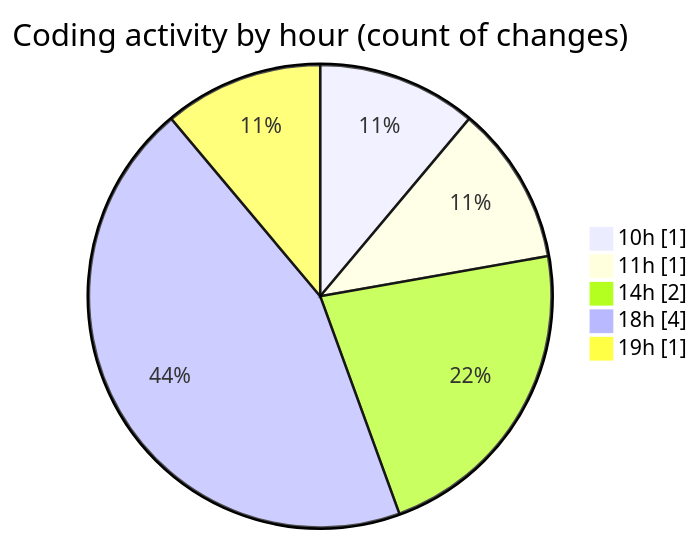
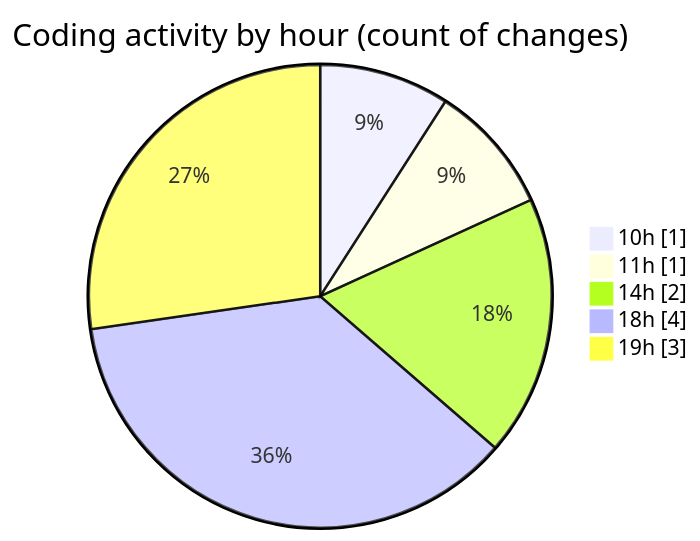
One commit to nxtqubesakshisongat/code-tracking changed the second of 2 diagrams in 2026-02-17/nxtqube_webapp/README.md. Above: the diagram before and after it, drawn with Mermaid. The commit also changed other lines of this file and 1 other file, not shown here.

````diff
--- a/2026-02-17/nxtqube_webapp/README.md
+++ b/2026-02-17/nxtqube_webapp/README.md
@@ -32,9 +32,9 @@
 ```mermaid
 pie showData
 title Coding activity by hour (count of changes)
 "10h" : 1
 "11h" : 1
 "14h" : 2
 "18h" : 4
-"19h" : 1
+"19h" : 3
 ```
````
